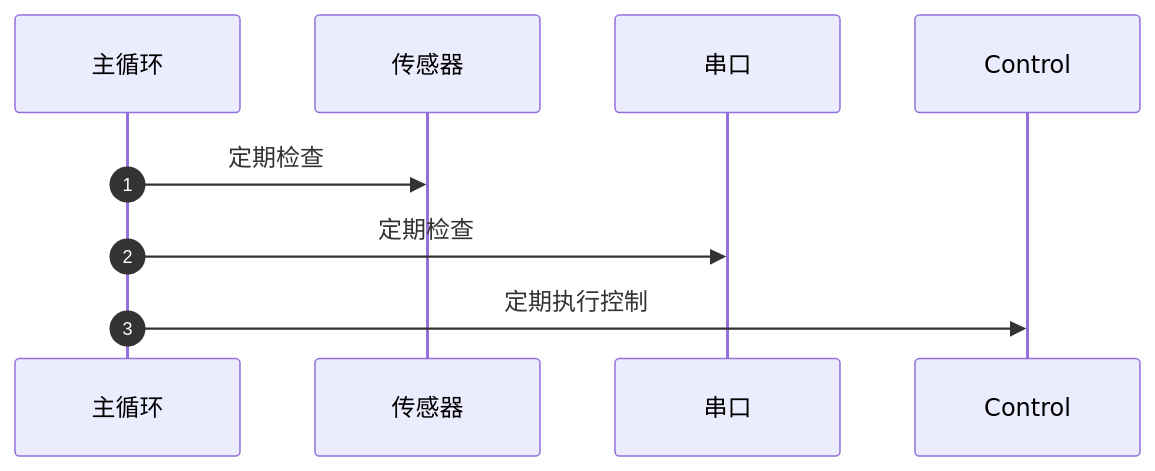
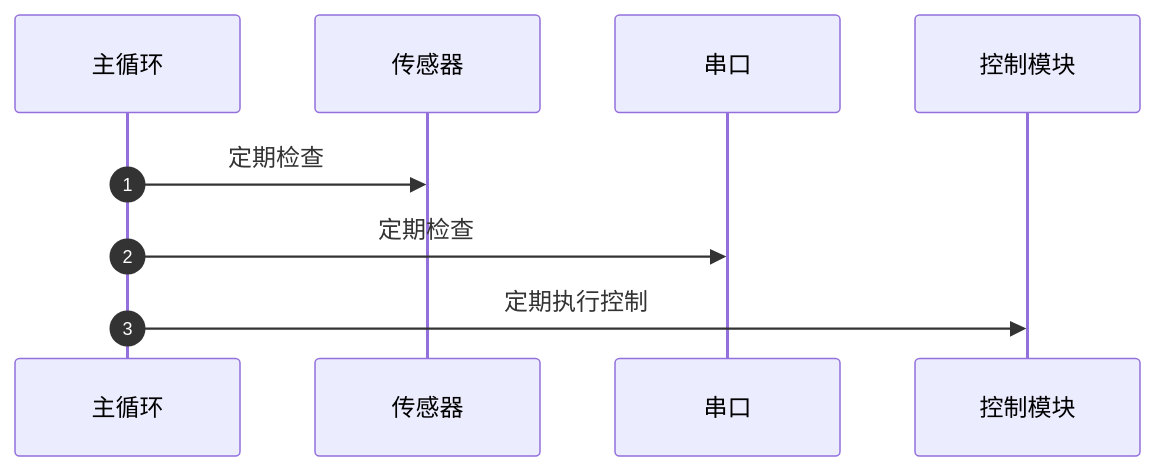
The third of 10 diagrams in docs/chapter4.md (roboticsystem/embedded-systems-grad-course), drawn with Mermaid before and after one commit. The commit also changed other lines of this file and 7 other files, not shown here.

First line of the commit message:
feat(docs): 增加课程中的 mermaid 绘图支持

````diff
--- a/docs/chapter4.md
+++ b/docs/chapter4.md
@@ -602,10 +602,11 @@
 ```mermaid
 sequenceDiagram
     autonumber
     participant Main as 主循环
     participant Sensor as 传感器
     participant UART as 串口
+    participant Control as 控制模块
     Main->>Sensor: 定期检查
     Main->>UART: 定期检查
     Main->>Control: 定期执行控制
 ```
````
